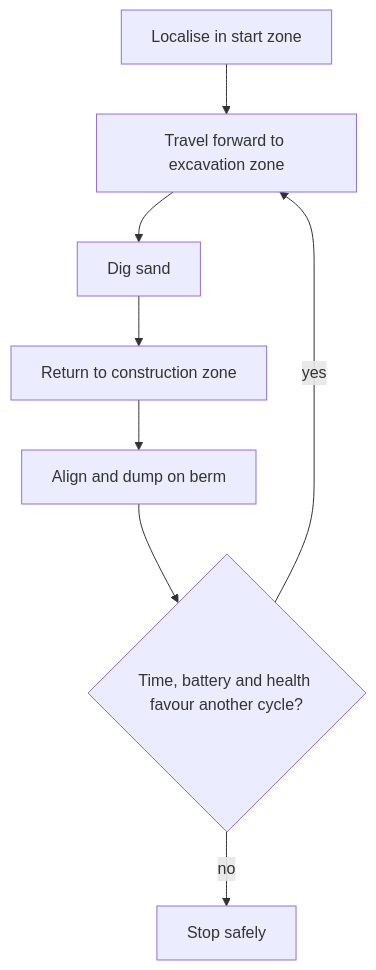
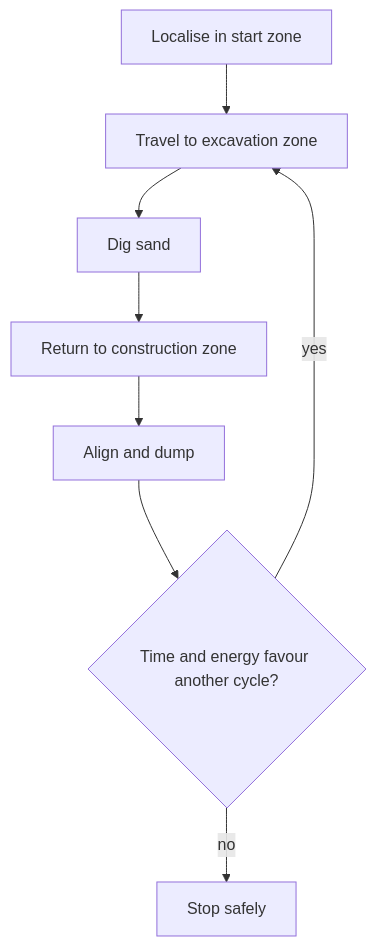
Before and after one commit to InnovaRobotics/innex-1: the diagram in docs/system/navigation-and-mission.md, drawn with Mermaid. The commit also changed other lines of this file and 8 other files, not shown here.

````diff
--- a/docs/system/navigation-and-mission.md
+++ b/docs/system/navigation-and-mission.md
@@ -34,10 +32,10 @@
 ```mermaid
 flowchart TD
-    localise["Localise in start zone"] --> travel1["Travel forward to excavation zone"]
+    localise["Localise in start zone"] --> travel1["Travel to excavation zone"]
     travel1 --> dig["Dig sand"]
     dig --> travel2["Return to construction zone"]
-    travel2 --> dump["Align and dump on berm"]
-    dump --> decide{"Time, battery and health favour another cycle?"}
+    travel2 --> dump["Align and dump"]
+    dump --> decide{"Time and energy favour another cycle?"}
     decide -->|yes| travel1
     decide -->|no| stop["Stop safely"]
 ```
````
